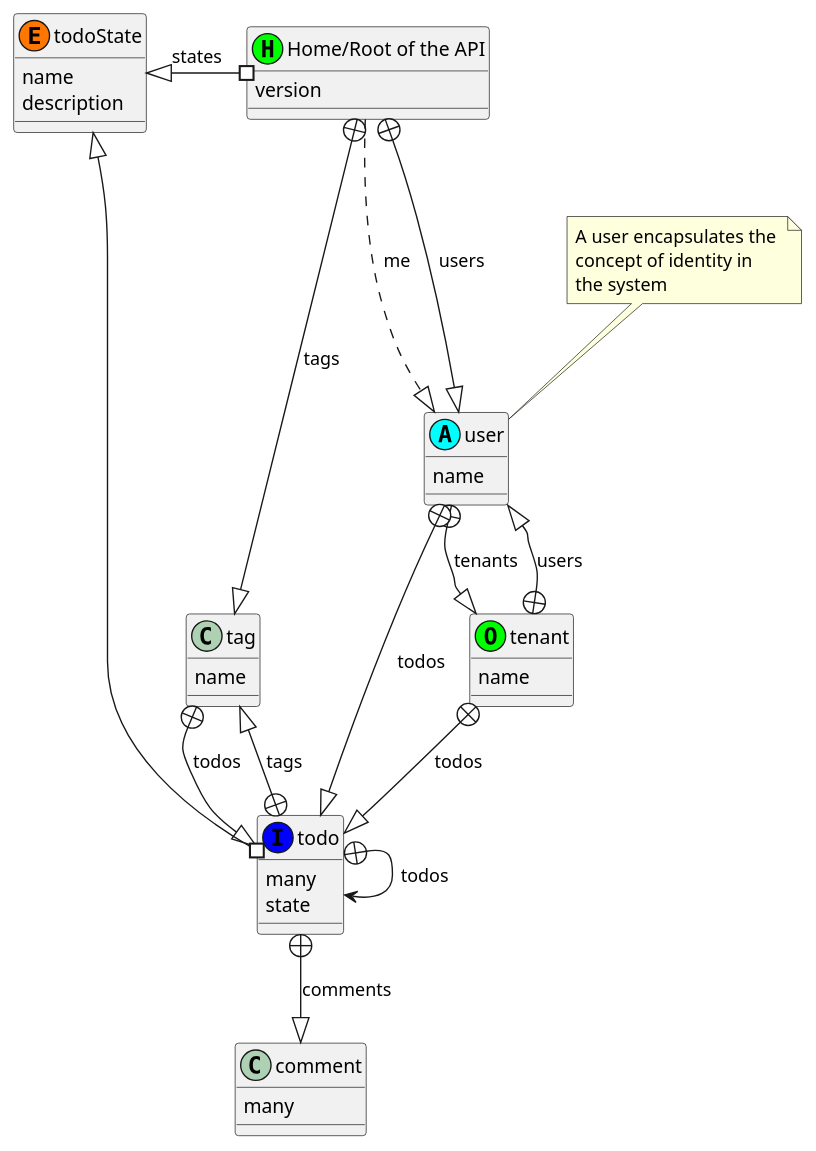
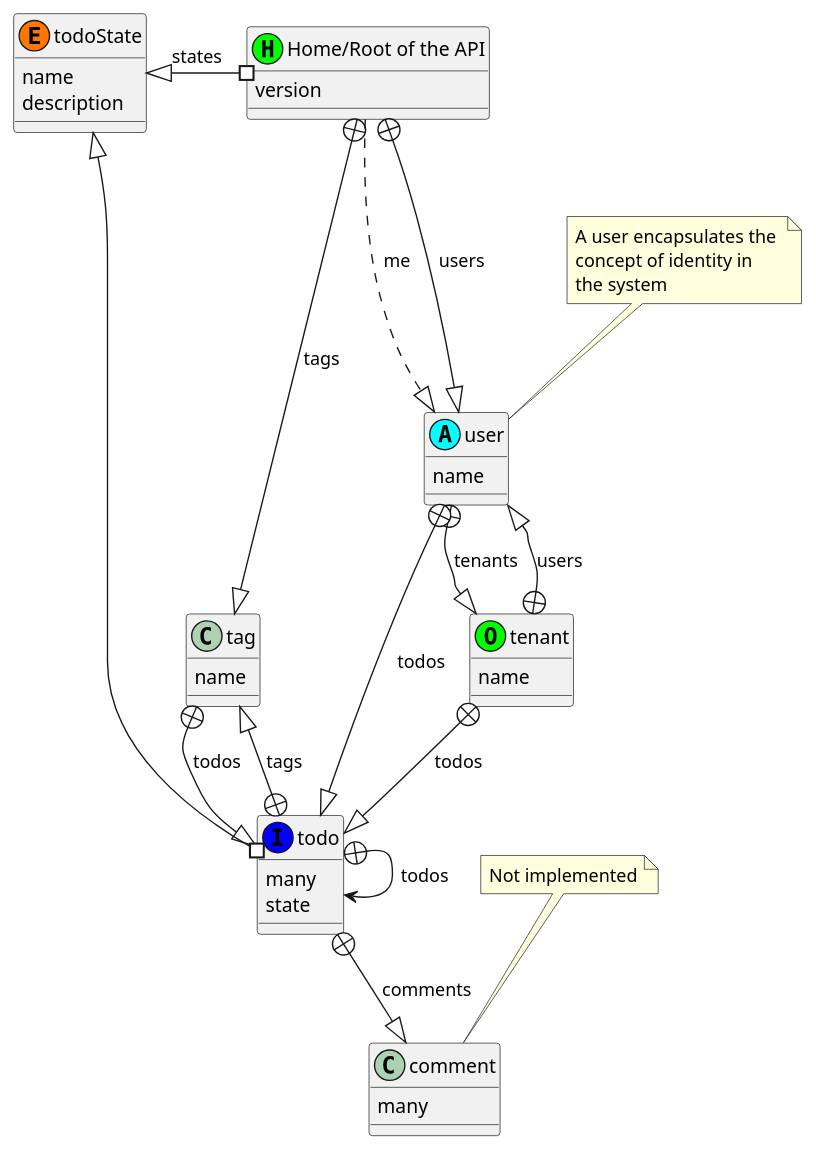
The diagram in api/ApiResources.puml (semanticlink/todo-hypermedia), drawn with PlantUML before and after one commit.

Commit message:
Documentation

```diff
--- a/api/ApiResources.puml
+++ b/api/ApiResources.puml
@@ -3,58 +3,61 @@
 @startuml
 
 class home as "Home/Root of the API" <<H, #00FF00) >>
 home : version
 ' home +--|> tenant : tenants
 home +--|> tag : tags
 home #-left-|> todoState : states
 home .--|> user : me
 home +--|> user : users
 
 class tag as "tag"
 tag : name
 tag +--|> todo : todos
 
 class tenant as "tenant"  <<O, #00FF00) >>
 tenant : name
 tenant +--|> user : users
 tenant +--|> todo : todos
 
 
 class todo as "todo"   <<I, #0000FF) >>
 todo : many
 todo : state
 todo +--> todo : todos
 todo #--|> todoState
 todo +--|> comment : comments
 todo +--|> tag : tags
 
 class comment as "comment"
 comment : many
+note top
+  Not implemented
+end note
 
 '
 ' Integration Support
 ' =================== 
 '
 
 class user as "User"  <<A, #00FFFF) >>
 note top
   A user encapsulates the 
   concept of identity in 
   the system 
 end note
 user : name
 user +--|> tenant : tenants
 user +--|> todo : todos
 
 
 '
 ' Enumeration resources
 ' =====================
 '
 
 class todoState  as "Todo States (enum)" <<E, #FF7700) >>
 todoState : name
 todoState : description
 
 
 @enduml
```
